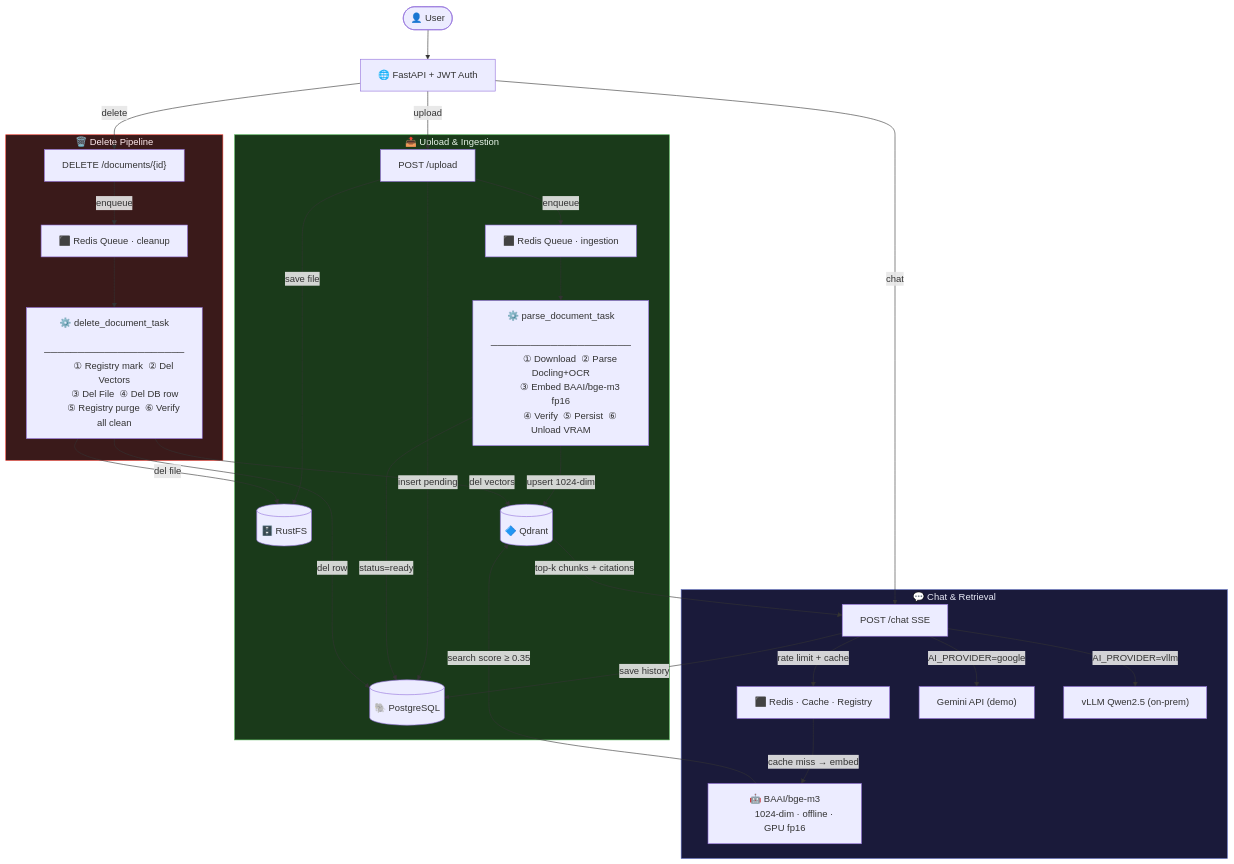
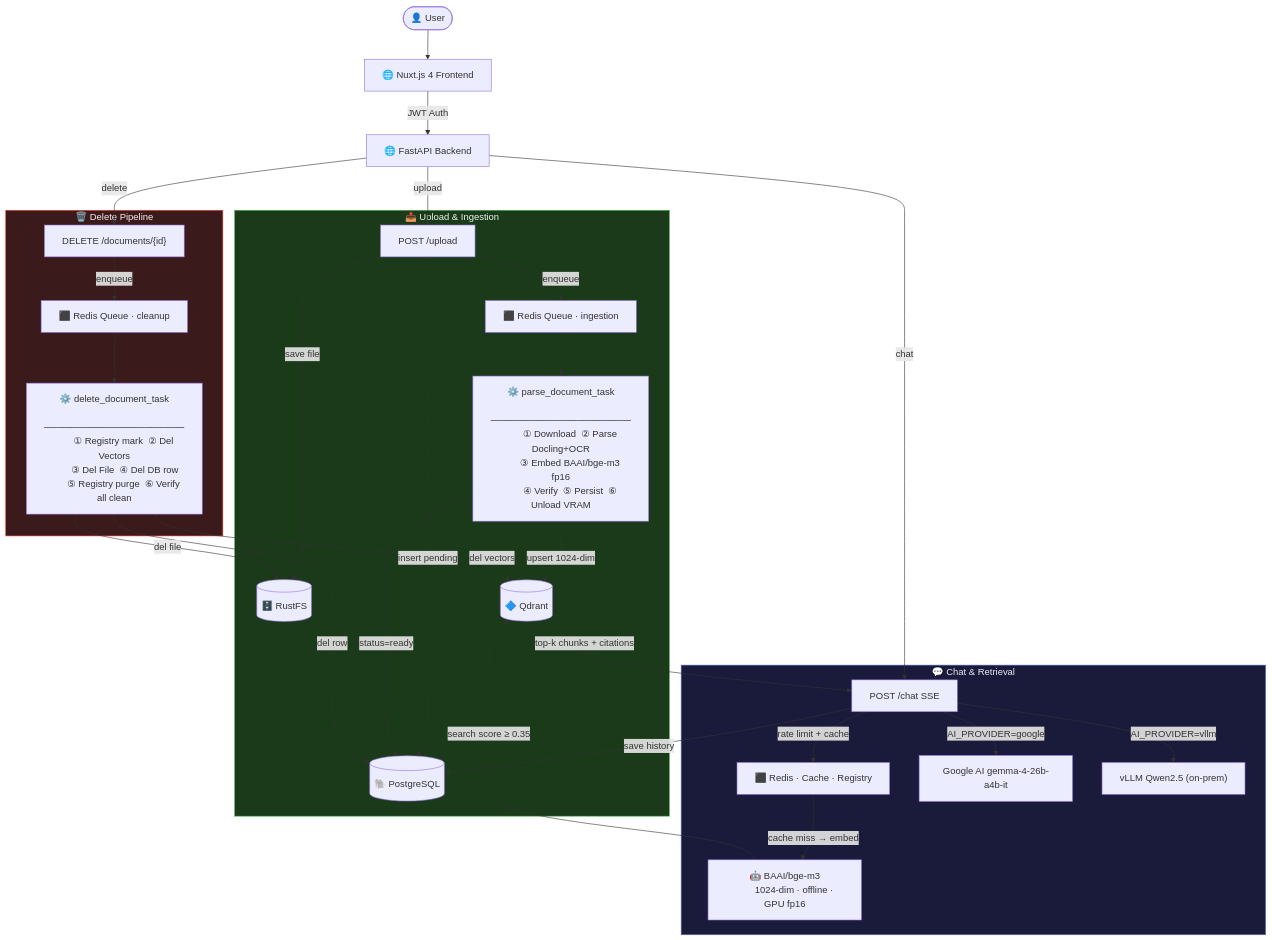
One commit to qtuanph/chatbot-rag changed the diagram in README.md. Above: the diagram before and after it, drawn with Mermaid. The commit also changed other lines of this file and 12 other files, not shown here.

Commit message:
feat: implement core chatbot RAG architecture with Nuxt frontend, Qdrant vector store, and Google AI integration.

````diff
--- a/README.md
+++ b/README.md
@@ -38,48 +44,49 @@
 ```mermaid
 flowchart TD
-    U(["👤 User"]) --> API["🌐 FastAPI + JWT Auth"]
+    U(["👤 User"]) --> WEB["🌐 Nuxt.js 4 Frontend"]
+    WEB --> |JWT Auth| API["🌐 FastAPI Backend"]
 
     API --> |upload| UP["POST /upload"]
     API --> |chat| CH["POST /chat  SSE"]
     API --> |delete| DE["DELETE /documents/{id}"]
 
     subgraph Ingestion ["📤 Upload & Ingestion"]
         UP --> |save file| FS[("🗄️ RustFS")]
         UP --> |insert pending| PG[("🐘 PostgreSQL")]
         UP --> |enqueue| QI["⬛ Redis Queue · ingestion"]
         QI --> W1["⚙️ parse_document_task
         ─────────────────────
         ① Download  ② Parse Docling+OCR
         ③ Embed BAAI/bge-m3 fp16
         ④ Verify  ⑤ Persist  ⑥ Unload VRAM"]
         W1 --> |upsert 1024-dim| QD[("🔷 Qdrant")]
         W1 --> |status=ready| PG
     end
 
     subgraph ChatFlow ["💬 Chat & Retrieval"]
         CH --> |rate limit + cache| RE["⬛ Redis · Cache · Registry"]
         RE --> |cache miss → embed| BGE["🤖 BAAI/bge-m3
         1024-dim · offline · GPU fp16"]
         BGE --> |search score ≥ 0.35| QD
         QD --> |top-k chunks + citations| CH
-        CH --> |AI_PROVIDER=google| LLM1["Gemini API (demo)"]
+        CH --> |AI_PROVIDER=google| LLM1["Google AI gemma-4-26b-a4b-it"]
         CH --> |AI_PROVIDER=vllm| LLM2["vLLM Qwen2.5 (on-prem)"]
         CH --> |save history| PG
     end
 
     subgraph Deletion ["🗑️ Delete Pipeline"]
         DE --> |enqueue| QD2["⬛ Redis Queue · cleanup"]
         QD2 --> W2["⚙️ delete_document_task
         ─────────────────────
         ① Registry mark  ② Del Vectors
         ③ Del File  ④ Del DB row
         ⑤ Registry purge  ⑥ Verify all clean"]
         W2 --> |del vectors| QD
         W2 --> |del file| FS
         W2 --> |del row| PG
     end
 
     style Ingestion fill:#1a3a1a,stroke:#4caf50,color:#e8f5e9
     style ChatFlow fill:#1a1a3a,stroke:#5c6bc0,color:#e8eaf6
     style Deletion fill:#3a1a1a,stroke:#f44336,color:#ffebee
 ```
````
